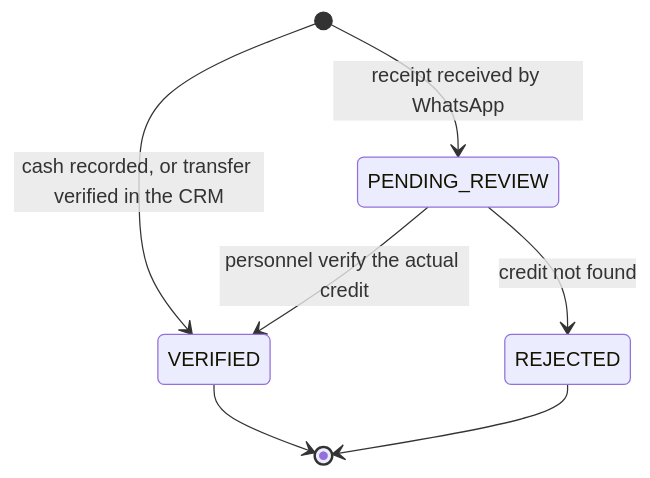
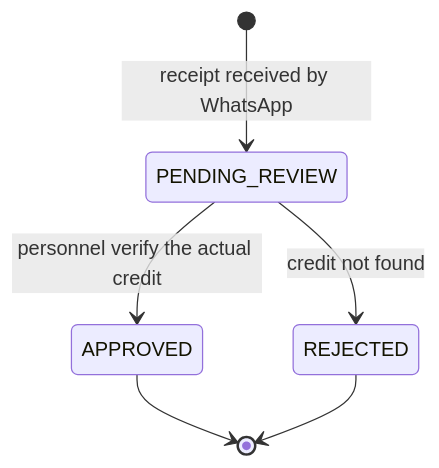
One commit to nanonoir/Agendoxa changed the second of 2 diagrams in docs/product-specs/uc-03/invariants.md. Above: the diagram before and after it, drawn with Mermaid. The commit also changed other lines of this file and 13 other files, not shown here.

````diff
--- a/docs/product-specs/uc-03/invariants.md
+++ b/docs/product-specs/uc-03/invariants.md
@@ -193,9 +195,8 @@
 ```mermaid
 stateDiagram-v2
     [*] --> PENDING_REVIEW: receipt received by WhatsApp
-    [*] --> VERIFIED: cash recorded, or transfer verified in the CRM
-    PENDING_REVIEW --> VERIFIED: personnel verify the actual credit
+    PENDING_REVIEW --> APPROVED: personnel verify the actual credit
     PENDING_REVIEW --> REJECTED: credit not found
-    VERIFIED --> [*]
+    APPROVED --> [*]
     REJECTED --> [*]
 ```
````
